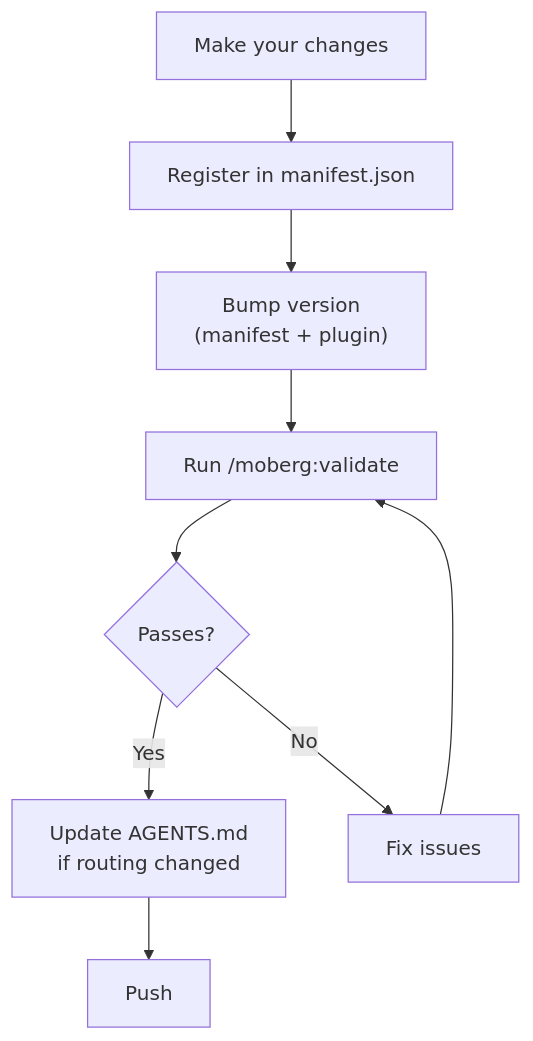
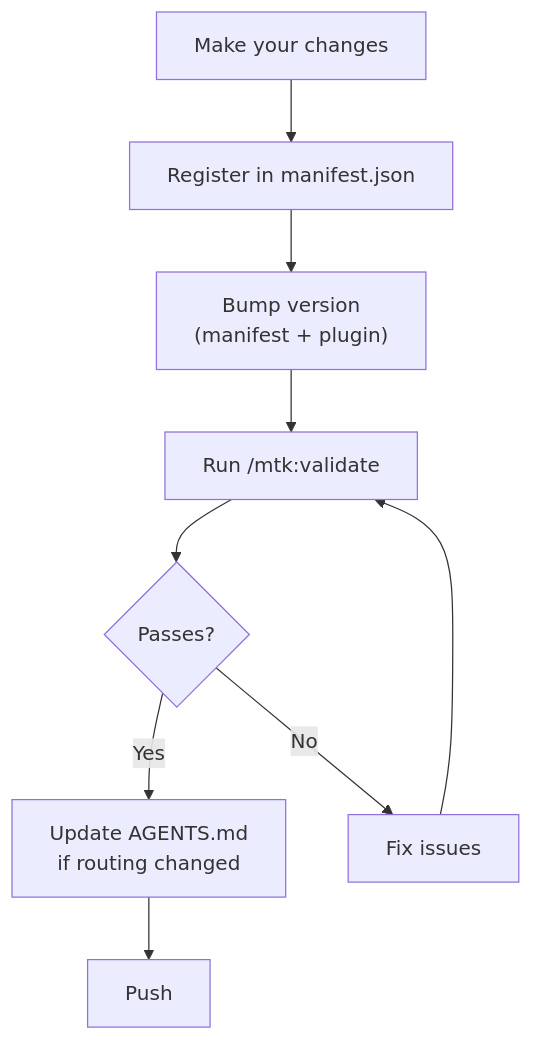
Before and after one commit to moberghr/mtk-agent-toolkit: the third of 3 diagrams in CONTRIBUTING.md, drawn with Mermaid. The commit also changed other lines of this file and 21 other files, not shown here.

````diff
--- a/CONTRIBUTING.md
+++ b/CONTRIBUTING.md
@@ -148,10 +148,10 @@
 ```mermaid
 flowchart TD
     A["Make your changes"] --> B["Register in manifest.json"]
     B --> C["Bump version<br/>(manifest + plugin)"]
-    C --> D["Run /moberg:validate"]
+    C --> D["Run /mtk:validate"]
     D --> E{"Passes?"}
     E -- Yes --> F["Update AGENTS.md<br/>if routing changed"]
     F --> G["Push"]
     E -- No --> H["Fix issues"] --> D
 ```
````
